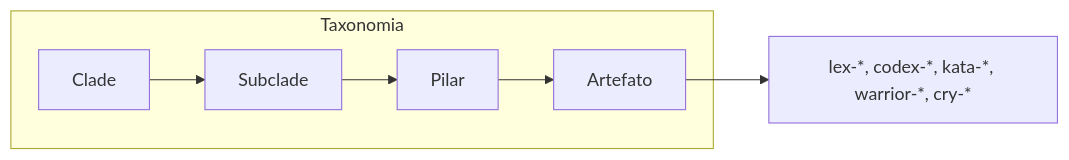
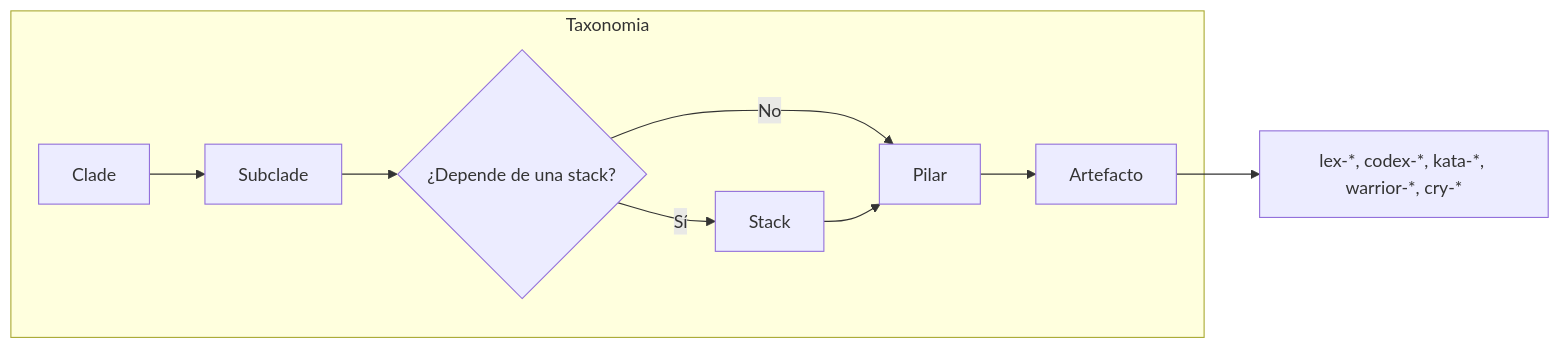
Before and after one commit to guardiatechnology/ahrena: the first of 3 diagrams in framework/es/README.md, drawn with Mermaid. The commit also changed other lines of this file and 213 other files, not shown here.

````diff
--- a/framework/es/README.md
+++ b/framework/es/README.md
@@ -48,9 +48,12 @@
 ```mermaid
 flowchart LR
   subgraph Taxonomia
     A[Clade] --> B[Subclade]
-    B --> C[Pilar]
-    C --> D[Artefato]
+    B --> C{¿Depende de una stack?}
+    C -->|No| D[Pilar]
+    C -->|Sí| S[Stack]
+    S --> D
+    D --> E[Artefacto]
   end
-  D --> E["lex-*, codex-*, kata-*, warrior-*, cry-*"]
+  E --> F["lex-*, codex-*, kata-*, warrior-*, cry-*"]
 ```
````
